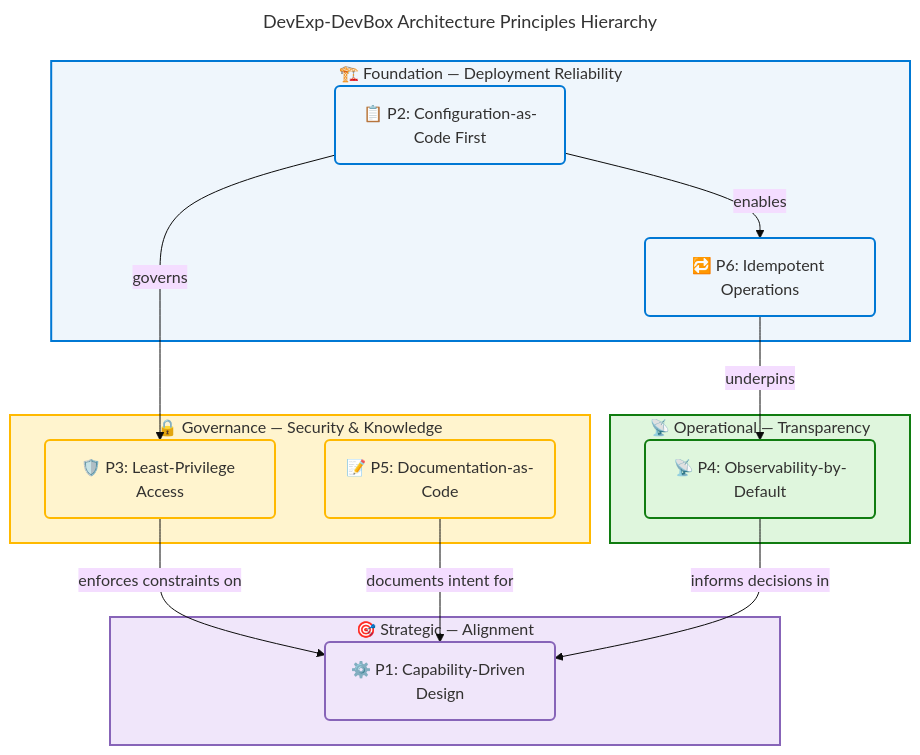
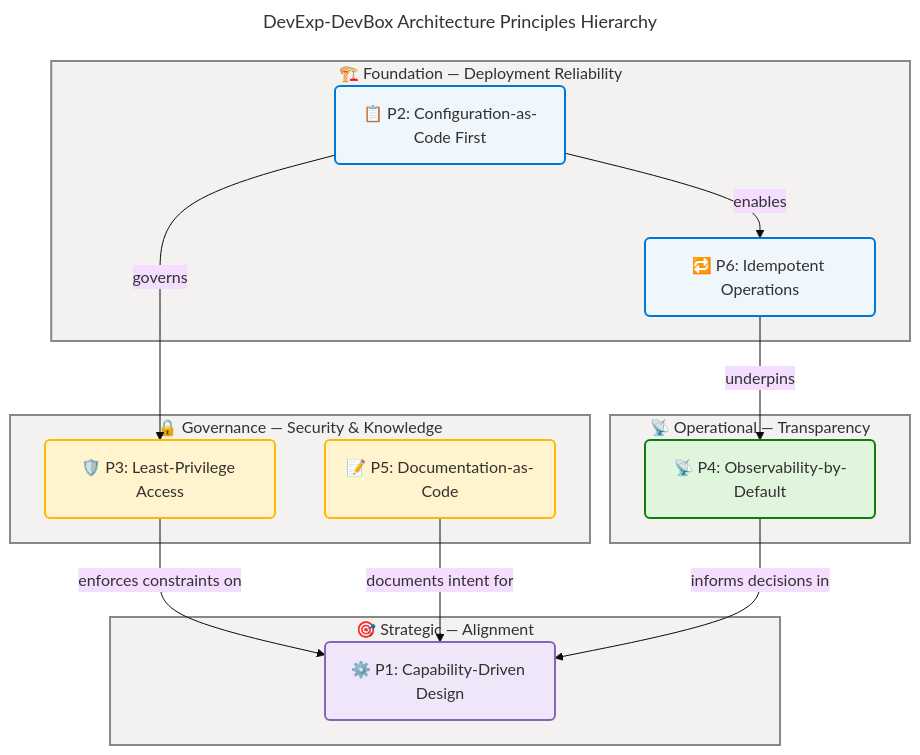
Before and after one commit to Evilazaro/DevExp-DevBox: the third of 7 diagrams in docs/architecture/business-architecture.md, drawn with Mermaid. The commit also changed other lines of this file, not shown here.

Commit message:
refactor: Update flowchart styles for improved visual consistency in business architecture documentation

````diff
--- a/docs/architecture/business-architecture.md
+++ b/docs/architecture/business-architecture.md
@@ -415,62 +415,62 @@
 ```mermaid
 ---
 title: DevExp-DevBox Architecture Principles Hierarchy
 config:
   theme: base
   look: classic
   layout: dagre
   themeVariables:
     fontSize: '16px'
   flowchart:
     htmlLabels: true
 ---
 flowchart TB
     accTitle: DevExp-DevBox Architecture Principles Hierarchy
     accDescr: Shows six architecture principles organized into four governance tiers — Foundation, Security and Knowledge, Operational Transparency, and Strategic Alignment — with dependency arrows showing how lower-tier principles enable higher-tier ones.
 
     %% ═══════════════════════════════════════════════════════════════════════════
     %% AZURE / FLUENT ARCHITECTURE PATTERN v1.1
     %% (Semantic + Structural + Font + Accessibility Governance)
     %% ═══════════════════════════════════════════════════════════════════════════
     %% PHASE 1 - FLUENT UI: All styling uses approved Fluent UI palette only
     %% PHASE 2 - GROUPS: Every subgraph has semantic color via style directive
     %% PHASE 3 - COMPONENTS: Every node has semantic classDef + icon prefix
     %% PHASE 4 - ACCESSIBILITY: accTitle/accDescr present, WCAG AA contrast
     %% PHASE 5 - STANDARD: Governance block present, classDefs centralized
     %% ═══════════════════════════════════════════════════════════════════════════
 
     subgraph foundation["🏗️ Foundation — Deployment Reliability"]
         p2("📋 P2: Configuration-as-Code First"):::core
         p6("🔁 P6: Idempotent Operations"):::core
     end
 
     subgraph governance["🔒 Governance — Security & Knowledge"]
         p3("🛡️ P3: Least-Privilege Access"):::warning
         p5("📝 P5: Documentation-as-Code"):::warning
     end
 
     subgraph operational["📡 Operational — Transparency"]
         p4("📡 P4: Observability-by-Default"):::success
     end
 
     subgraph strategic["🎯 Strategic — Alignment"]
         p1("⚙️ P1: Capability-Driven Design"):::data
     end
 
     p2 -->|"governs"| p3
     p2 -->|"enables"| p6
     p6 -->|"underpins"| p4
     p3 -->|"enforces constraints on"| p1
     p5 -->|"documents intent for"| p1
     p4 -->|"informs decisions in"| p1
 
-    style foundation fill:#EFF6FC,stroke:#0078D4,stroke-width:2px,color:#323130
-    style governance fill:#FFF4CE,stroke:#FFB900,stroke-width:2px,color:#323130
-    style operational fill:#DFF6DD,stroke:#107C10,stroke-width:2px,color:#323130
-    style strategic fill:#F0E6FA,stroke:#8764B8,stroke-width:2px,color:#323130
+    style foundation fill:#F3F2F1,stroke:#8A8886,stroke-width:2px,color:#323130
+    style governance fill:#F3F2F1,stroke:#8A8886,stroke-width:2px,color:#323130
+    style operational fill:#F3F2F1,stroke:#8A8886,stroke-width:2px,color:#323130
+    style strategic fill:#F3F2F1,stroke:#8A8886,stroke-width:2px,color:#323130
 
     classDef core fill:#EFF6FC,stroke:#0078D4,stroke-width:2px,color:#323130
     classDef warning fill:#FFF4CE,stroke:#FFB900,stroke-width:2px,color:#323130
     classDef success fill:#DFF6DD,stroke:#107C10,stroke-width:2px,color:#323130
     classDef data fill:#F0E6FA,stroke:#8764B8,stroke-width:2px,color:#323130
 ```
````
